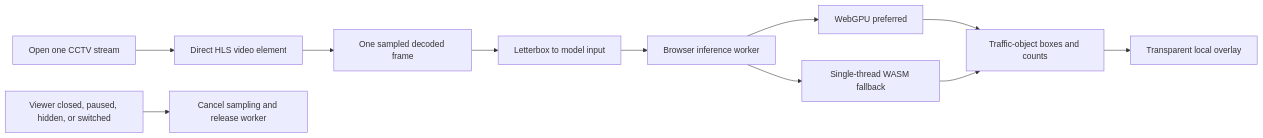
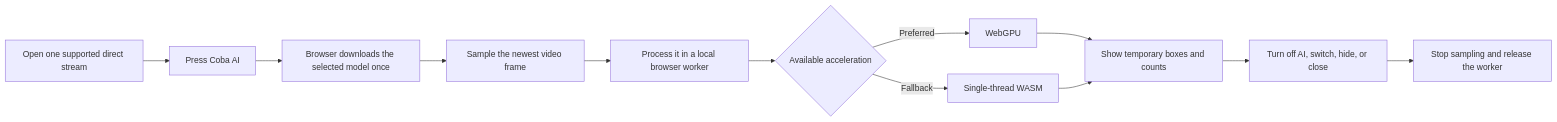
One commit to said-rasidin/jakarta-cctv-map changed the second of 3 diagrams in README.md. Above: the diagram before and after it, drawn with Mermaid. The commit also changed other lines of this file and 4 other files, not shown here.

````diff
--- a/README.md
+++ b/README.md
@@ -132,13 +96,14 @@
 ```mermaid
 flowchart LR
-    A[Open one CCTV stream] --> B[Direct HLS video element]
-    B --> C[One sampled decoded frame]
-    C --> D[Letterbox to model input]
-    D --> E[Browser inference worker]
-    E --> F[WebGPU preferred]
-    E --> G[Single-thread WASM fallback]
-    F --> H[Traffic-object boxes and counts]
-    G --> H
-    H --> I[Transparent local overlay]
-    J[Viewer closed, paused, hidden, or switched] --> K[Cancel sampling and release worker]
+    A[Open one supported direct stream] --> B[Press Coba AI]
+    B --> C[Browser downloads the selected model once]
+    C --> D[Sample the newest video frame]
+    D --> E[Process it in a local browser worker]
+    E --> F{Available acceleration}
+    F -->|Preferred| G[WebGPU]
+    F -->|Fallback| H[Single-thread WASM]
+    G --> I[Show temporary boxes and counts]
+    H --> I
+    I --> J[Turn off AI, switch, hide, or close]
+    J --> K[Stop sampling and release the worker]
 ```
````
